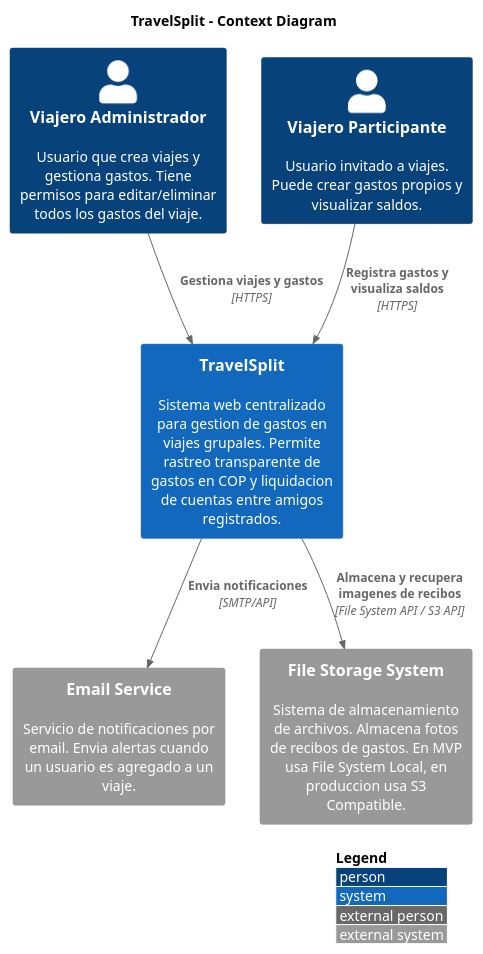
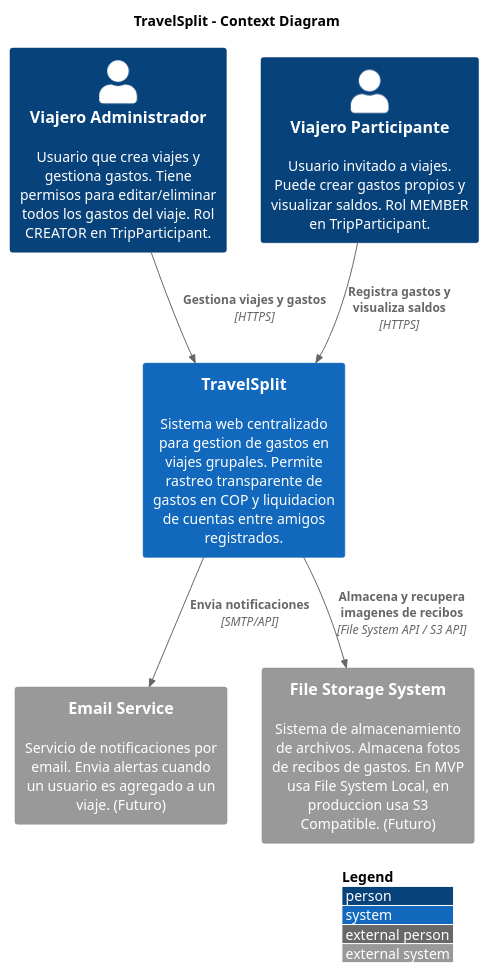
One commit to DVVID-G/TravelSplit changed the diagram in docs/diagrams/c4/01-context.puml. Above: the diagram before and after it, drawn with PlantUML. The commit also changed 16 other files, not shown here.

First line of the commit message:
docs(diagrams): update C4 diagrams and reorganize structure

```diff
--- a/docs/diagrams/c4/01-context.puml
+++ b/docs/diagrams/c4/01-context.puml
@@ -1,29 +1,30 @@
 @startuml 01-context
 !include https://raw.githubusercontent.com/plantuml-stdlib/C4-PlantUML/master/C4_Context.puml
 
 LAYOUT_WITH_LEGEND()
 
-' Generated by C4 Diagram Generator on 2026-01-15
+' Generated by C4 Diagram Generator
 ' Agent: C4 Diagram Generator
 ' System: TravelSplit v1.0.0
+' Date: 2026-01-15
 
 title TravelSplit - Context Diagram
 
-' Users (from discovery)
-Person(creator, "Viajero Administrador", "Usuario que crea viajes y gestiona gastos. Tiene permisos para editar/eliminar todos los gastos del viaje.")
-Person(participant, "Viajero Participante", "Usuario invitado a viajes. Puede crear gastos propios y visualizar saldos.")
+' Users (from PRD and discovery)
+Person(creator, "Viajero Administrador", "Usuario que crea viajes y gestiona gastos. Tiene permisos para editar/eliminar todos los gastos del viaje. Rol CREATOR en TripParticipant.")
+Person(participant, "Viajero Participante", "Usuario invitado a viajes. Puede crear gastos propios y visualizar saldos. Rol MEMBER en TripParticipant.")
 
 ' Main System
 System(travelsplit, "TravelSplit", "Sistema web centralizado para gestion de gastos en viajes grupales. Permite rastreo transparente de gastos en COP y liquidacion de cuentas entre amigos registrados.")
 
-' External Systems (from discovery.infrastructure.external_services)
-System_Ext(email_service, "Email Service", "Servicio de notificaciones por email. Envia alertas cuando un usuario es agregado a un viaje.")
-System_Ext(file_storage, "File Storage System", "Sistema de almacenamiento de archivos. Almacena fotos de recibos de gastos. En MVP usa File System Local, en produccion usa S3 Compatible.")
+' External Systems (from PRD and discovery)
+System_Ext(email_service, "Email Service", "Servicio de notificaciones por email. Envia alertas cuando un usuario es agregado a un viaje. (Futuro)")
+System_Ext(file_storage, "File Storage System", "Sistema de almacenamiento de archivos. Almacena fotos de recibos de gastos. En MVP usa File System Local, en produccion usa S3 Compatible. (Futuro)")
 
 ' Relationships
 Rel(creator, travelsplit, "Gestiona viajes y gastos", "HTTPS")
 Rel(participant, travelsplit, "Registra gastos y visualiza saldos", "HTTPS")
 Rel(travelsplit, email_service, "Envia notificaciones", "SMTP/API")
 Rel(travelsplit, file_storage, "Almacena y recupera imagenes de recibos", "File System API / S3 API")
 
 @enduml
```
